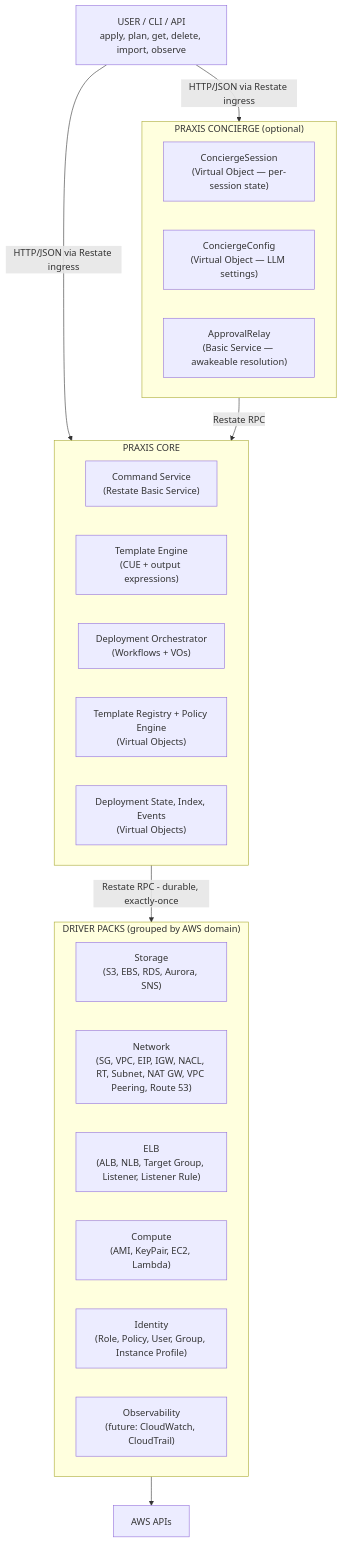
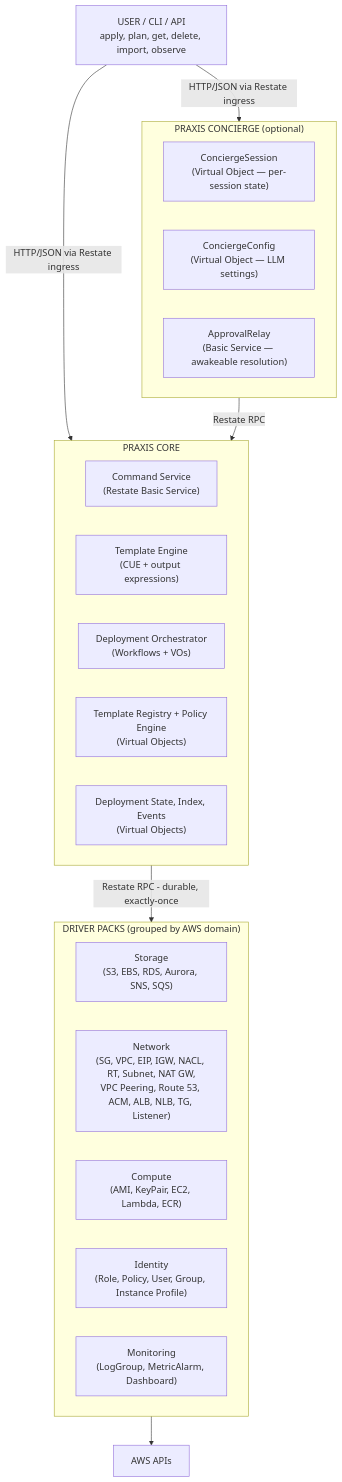
The first of 5 diagrams in docs/ARCHITECTURE.md (shirvan/praxis), drawn with Mermaid before and after one commit. The commit also changed other lines of this file and 413 other files, not shown here.

````diff
--- a/docs/ARCHITECTURE.md
+++ b/docs/ARCHITECTURE.md
@@ -17,37 +15,36 @@
 ```mermaid
 graph TD
     User["USER / CLI / API<br/>apply, plan, get, delete, import, observe"]
 
     User -->|"HTTP/JSON via Restate ingress"| Core
 
     subgraph Core["PRAXIS CORE"]
         CS["Command Service<br/>(Restate Basic Service)"]
         TE["Template Engine<br/>(CUE + output expressions)"]
         DO["Deployment Orchestrator<br/>(Workflows + VOs)"]
         TR["Template Registry + Policy Engine<br/>(Virtual Objects)"]
         DS["Deployment State, Index, Events<br/>(Virtual Objects)"]
     end
 
     User -->|"HTTP/JSON via Restate ingress"| Concierge
 
     subgraph Concierge["PRAXIS CONCIERGE (optional)"]
         CS2["ConciergeSession<br/>(Virtual Object — per-session state)"]
         CC["ConciergeConfig<br/>(Virtual Object — LLM settings)"]
         AR["ApprovalRelay<br/>(Basic Service — awakeable resolution)"]
     end
 
     Concierge -->|"Restate RPC"| Core
 
     Core -->|"Restate RPC - durable, exactly-once"| Drivers
 
     subgraph Drivers["DRIVER PACKS (grouped by AWS domain)"]
-        Storage["Storage<br/>(S3, EBS, RDS, Aurora, SNS)"]
-        Network["Network<br/>(SG, VPC, EIP, IGW, NACL, RT, Subnet, NAT GW, VPC Peering, Route 53)"]
-        ELB["ELB<br/>(ALB, NLB, Target Group, Listener, Listener Rule)"]
-        Compute["Compute<br/>(AMI, KeyPair, EC2, Lambda)"]
+        Storage["Storage<br/>(S3, EBS, RDS, Aurora, SNS, SQS)"]
+        Network["Network<br/>(SG, VPC, EIP, IGW, NACL, RT, Subnet, NAT GW,<br/>VPC Peering, Route 53, ACM, ALB, NLB, TG, Listener)"]
+        Compute["Compute<br/>(AMI, KeyPair, EC2, Lambda, ECR)"]
         IAM["Identity<br/>(Role, Policy, User, Group, Instance Profile)"]
-        Observability["Observability<br/>(future: CloudWatch, CloudTrail)"]
+        Monitoring["Monitoring<br/>(LogGroup, MetricAlarm, Dashboard)"]
     end
 
     Drivers --> AWS["AWS APIs"]
 ```
````
